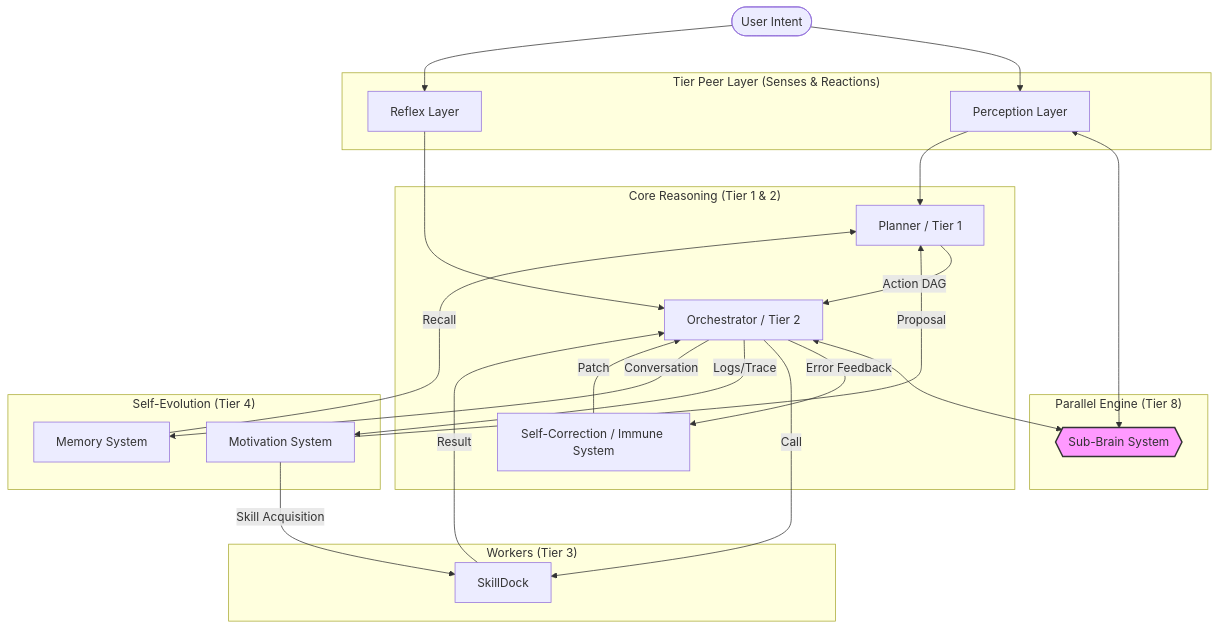
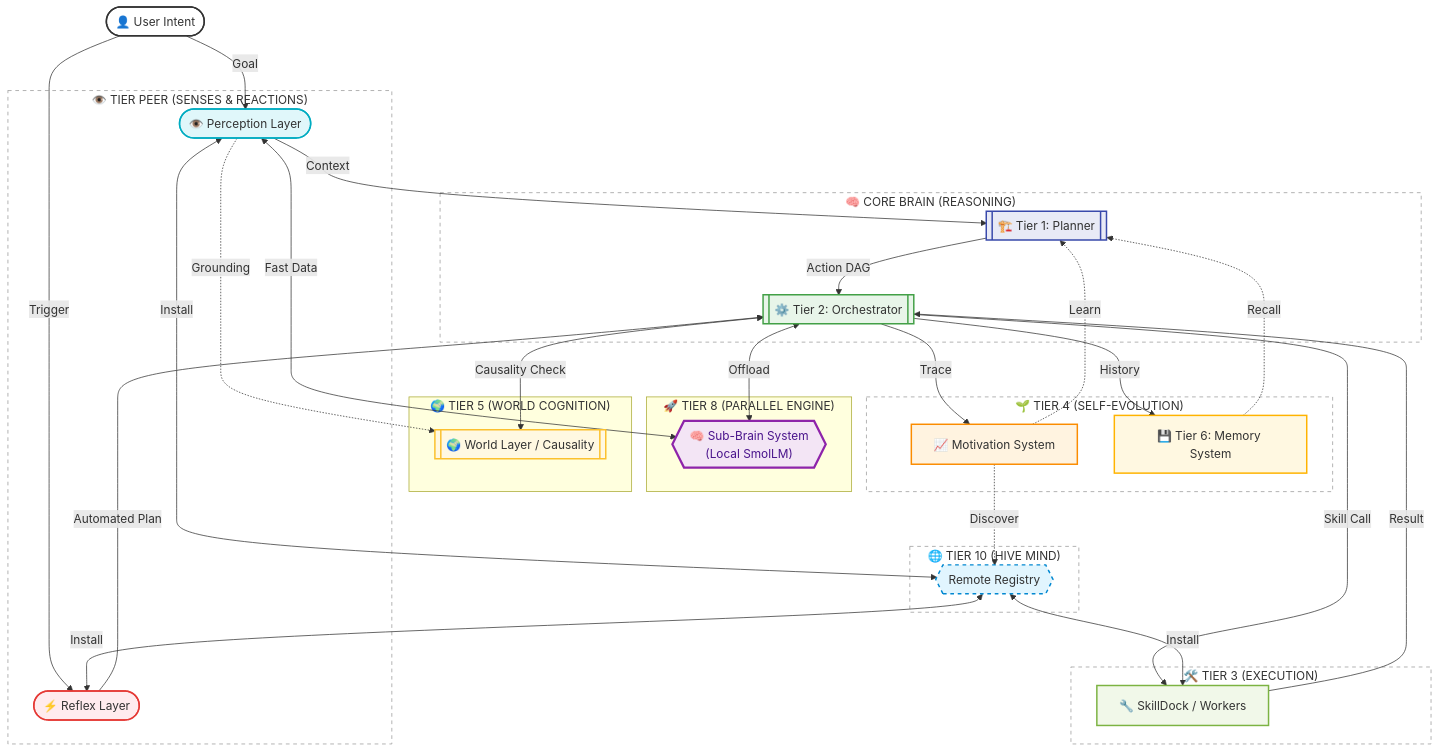
One commit to kanephamphu/connex-openagi changed the diagram in docs/ARCHITECTURE.md. Above: the diagram before and after it, drawn with Mermaid. The commit also changed other lines of this file and 30 other files, not shown here.

Commit message:
feat: Implement motivation settings UI, perception acquisition, and enhanced logging for AGI modules.

````diff
--- a/docs/ARCHITECTURE.md
+++ b/docs/ARCHITECTURE.md
@@ -11,50 +11,84 @@
 ```mermaid
 graph TD
-    User([User Intent]) --> Perception
-    User --> Reflex
+    %% Define Nodes with Icons
+    User(["👤 User Intent"])
     
-    subgraph Senses["Tier Peer Layer (Senses & Reactions)"]
-        Perception["Perception Layer"]
-        Reflex["Reflex Layer"]
+    subgraph Senses["👁️ TIER PEER (SENSES & REACTIONS)"]
+        Perception(["👁️ Perception Layer"])
+        Reflex(["⚡ Reflex Layer"])
     end
     
-    subgraph Accelerator["Parallel Engine (Tier 8)"]
-        SubBrain{{"Sub-Brain System"}}
+    subgraph Accelerator["🚀 TIER 8 (PARALLEL ENGINE)"]
+        SubBrain{{"🧠 Sub-Brain System<br/>(Local SmolLM)"}}
     end
     
-    Perception <--> SubBrain
-    Orchestrator <--> SubBrain
+    subgraph Core["🧠 CORE BRAIN (REASONING)"]
+        Planner[["🏗️ Tier 1: Planner"]]
+        Orchestrator[["⚙️ Tier 2: Orchestrator"]]
+    end
 
-    Perception --> Planner
-    Reflex --> Orchestrator
-    
-    subgraph Core["Core Reasoning (Tier 1 & 2)"]
-        Planner["Planner / Tier 1"]
-        Orchestrator["Orchestrator / Tier 2"]
-        Corrector["Self-Correction / Immune System"]
+    subgraph World["🌍 TIER 5 (WORLD COGNITION)"]
+        WorldLayer[["🌍 World Layer / Causality"]]
     end
     
-    Planner -- Action DAG --> Orchestrator
-    Orchestrator -- Error Feedback --> Corrector
-    Corrector -- Patch --> Orchestrator
-    
-    subgraph Execution["Workers (Tier 3)"]
-        SkillDock["SkillDock"]
+    subgraph Workers["🛠️ TIER 3 (EXECUTION)"]
+        SkillDock["🔧 SkillDock / Workers"]
     end
     
-    Orchestrator -- Call --> SkillDock
-    SkillDock -- Result --> Orchestrator
+    subgraph Evolution["🌱 TIER 4 (SELF-EVOLUTION)"]
+        Motivation["📈 Motivation System"]
+        Memory["💾 Tier 6: Memory System"]
+    end
+
+    subgraph Community["🌐 TIER 10 (HIVE MIND)"]
+        Registry{{"Remote Registry"}}
+    end
+
+    %% Flow Connections
+    User -->|Goal| Perception
+    User -->|Trigger| Reflex
     
-    subgraph Evolution["Self-Evolution (Tier 4)"]
-        Motivation["Motivation System"]
-        Memory["Memory System"]
-    end
+    Perception <-->|Fast Data| SubBrain
+    Orchestrator <-->|Offload| SubBrain
+
+    Perception -->|Context| Planner
+    Reflex -->|Automated Plan| Orchestrator
+
+    Perception -.->|Grounding| WorldLayer
     
-    Orchestrator -- Logs/Trace --> Motivation
-    Orchestrator -- Conversation --> Memory
-    Motivation -- Proposal --> Planner
-    Memory -- Recall --> Planner
-    Motivation -- Skill Acquisition --> SkillDock
+    Planner -->|Action DAG| Orchestrator
+    Orchestrator <-->|Causality Check| WorldLayer
+    Orchestrator -->|Skill Call| SkillDock
+    SkillDock -->|Result| Orchestrator
     
-    style SubBrain fill:#f9f,stroke:#333,stroke-width:2px
+    Orchestrator -->|Trace| Motivation
+    Orchestrator -->|History| Memory
+    Motivation -.->|Learn| Planner
+    Memory -.->|Recall| Planner
+
+    %% Registry Connections
+    Registry <-->|Install| SkillDock
+    Registry <-->|Install| Perception
+    Registry <-->|Install| Reflex
+    Motivation -.->|Discover| Registry
+
+    %% Professional Styling
+    style User fill:#fff,stroke:#333,stroke-width:2px
+    style Perception fill:#e0f7fa,stroke:#00acc1,stroke-width:2px
+    style Reflex fill:#ffebee,stroke:#e53935,stroke-width:2px
+    style SubBrain fill:#f3e5f5,stroke:#8e24aa,stroke-width:3px,color:#4a148c
+    style Planner fill:#e8eaf6,stroke:#3949ab,stroke-width:2px
+    style Orchestrator fill:#e8f5e9,stroke:#43a047,stroke-width:2px
+    style WorldLayer fill:#fff8e1,stroke:#fbc02d,stroke-width:2px
+    style SkillDock fill:#f1f8e9,stroke:#7cb342,stroke-width:2px
+    style Motivation fill:#fff3e0,stroke:#fb8c00,stroke-width:2px
+    style Memory fill:#fff8e1,stroke:#ffb300,stroke-width:2px
+    style Registry fill:#e1f5fe,stroke:#0288d1,stroke-width:2px,stroke-dasharray: 5 5
+
+    %% Subgraph Styling
+    style Senses fill:transparent,stroke:#999,stroke-dasharray: 5 5
+    style Core fill:transparent,stroke:#999,stroke-dasharray: 5 5
+    style Evolution fill:transparent,stroke:#999,stroke-dasharray: 5 5
+    style Workers fill:transparent,stroke:#999,stroke-dasharray: 5 5
+    style Community fill:transparent,stroke:#999,stroke-dasharray: 5 5
 ```
````
